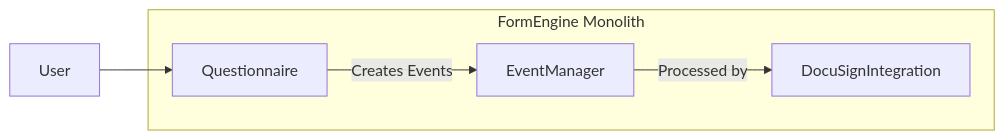
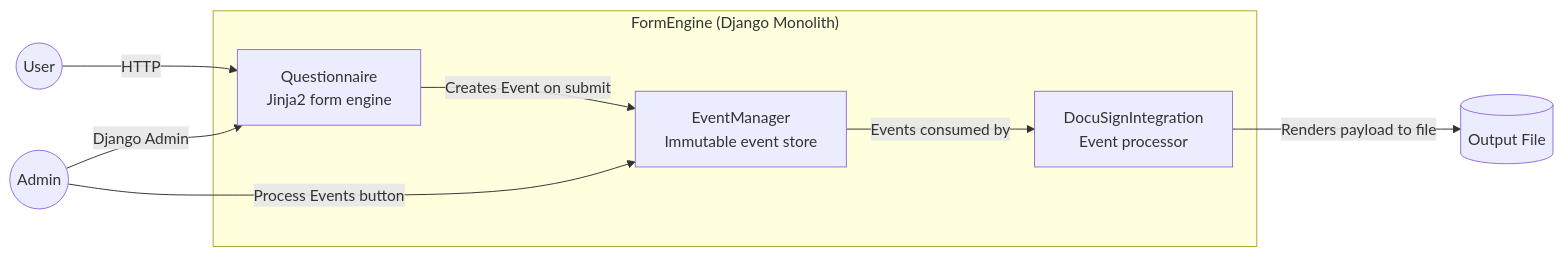
Before and after one commit to julzhk/FormEngine: the second of 7 diagrams in README.md, drawn with Mermaid. The commit also changed other lines of this file and 6 other files, not shown here.

Commit message:
add an admin button and a new template tag

````diff
--- a/README.md
+++ b/README.md
@@ -24,12 +73,15 @@
 ```mermaid
 graph LR
-    subgraph FormEngine Monolith
-        Q[Questionnaire]
-        EM[EventManager]
-        DI[DocuSignIntegration]
+    subgraph FormEngine ["FormEngine (Django Monolith)"]
+        Q[Questionnaire\nJinja2 form engine]
+        EM[EventManager\nImmutable event store]
+        DS[DocuSignIntegration\nEvent processor]
     end
 
-    User --> Q
-    Q -->|Creates Events| EM
-    EM -->|Processed by| DI
+    User((User)) -->|HTTP| Q
+    Admin((Admin)) -->|Django Admin| Q
+    Admin -->|Process Events button| EM
+    Q -->|Creates Event on submit| EM
+    EM -->|Events consumed by| DS
+    DS -->|Renders payload to file| Output[(Output File)]
 ```
````
